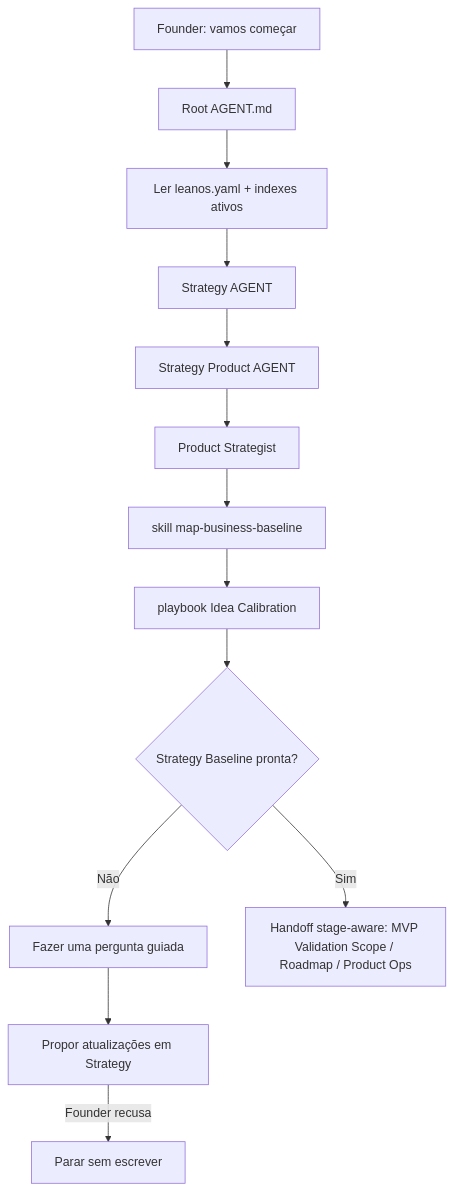
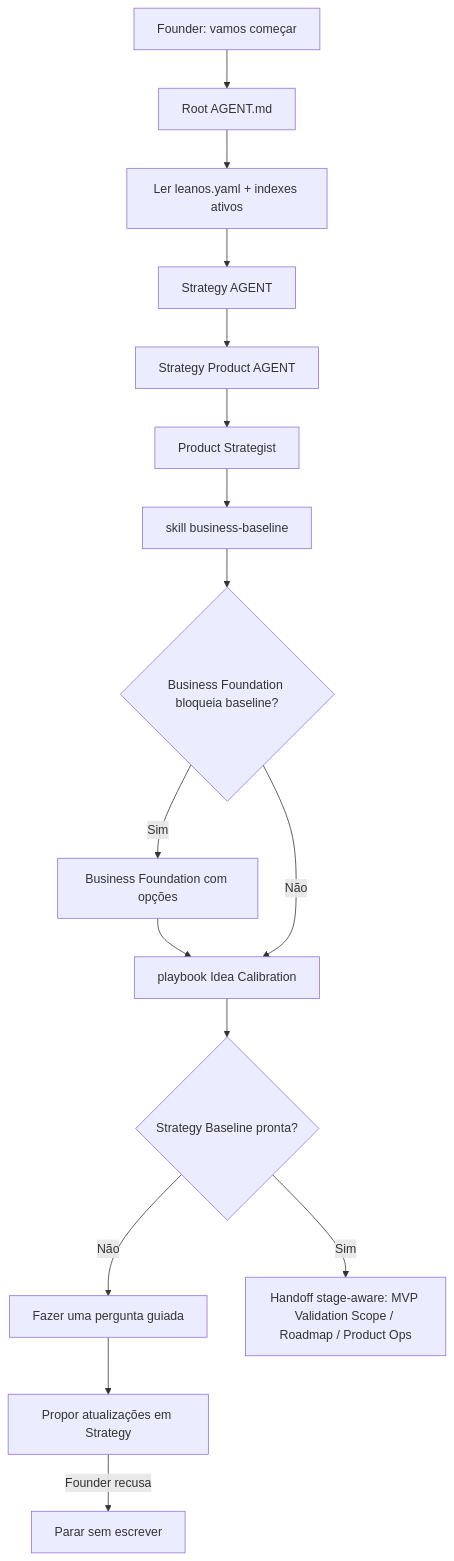
The diagram in docs/framework/founder-journeys/start-leanos.md (desousajhonny/leanOS), drawn with Mermaid before and after one commit. The commit also changed other lines of this file and 36 other files, not shown here.

Commit message:
feat: add guided business foundation

````diff
--- a/docs/framework/founder-journeys/start-leanos.md
+++ b/docs/framework/founder-journeys/start-leanos.md
@@ -22,21 +22,26 @@
 ```mermaid
 flowchart TD
   A["Founder: vamos começar"]
   B["Root AGENT.md"]
   C["Ler leanos.yaml + indexes ativos"]
   D["Strategy AGENT"]
   E["Strategy Product AGENT"]
   F["Product Strategist"]
-  G["skill map-business-baseline"]
-  H["playbook Idea Calibration"]
-  I{"Strategy Baseline pronta?"}
-  J["Fazer uma pergunta guiada"]
+  G["skill business-baseline"]
+  H{"Business Foundation bloqueia baseline?"}
+  N["Business Foundation com opções"]
+  I["playbook Idea Calibration"]
+  J{"Strategy Baseline pronta?"}
+  O["Fazer uma pergunta guiada"]
   K["Propor atualizações em Strategy"]
   L["Handoff stage-aware: MVP Validation Scope / Roadmap / Product Ops"]
   M["Parar sem escrever"]
 
-  A --> B --> C --> D --> E --> F --> G --> H --> I
-  I -->|Não| J --> K
-  I -->|Sim| L
+  A --> B --> C --> D --> E --> F --> G --> H
+  H -->|Sim| N --> I
+  H -->|Não| I
+  I --> J
+  J -->|Não| O --> K
+  J -->|Sim| L
   K -->|Founder recusa| M
 ```
````
